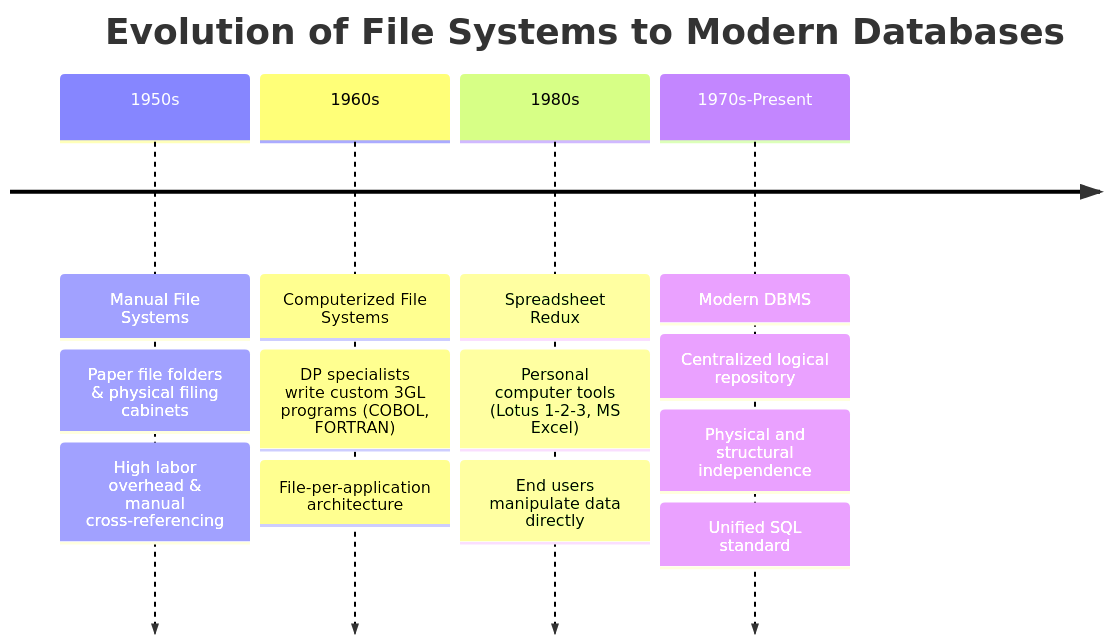
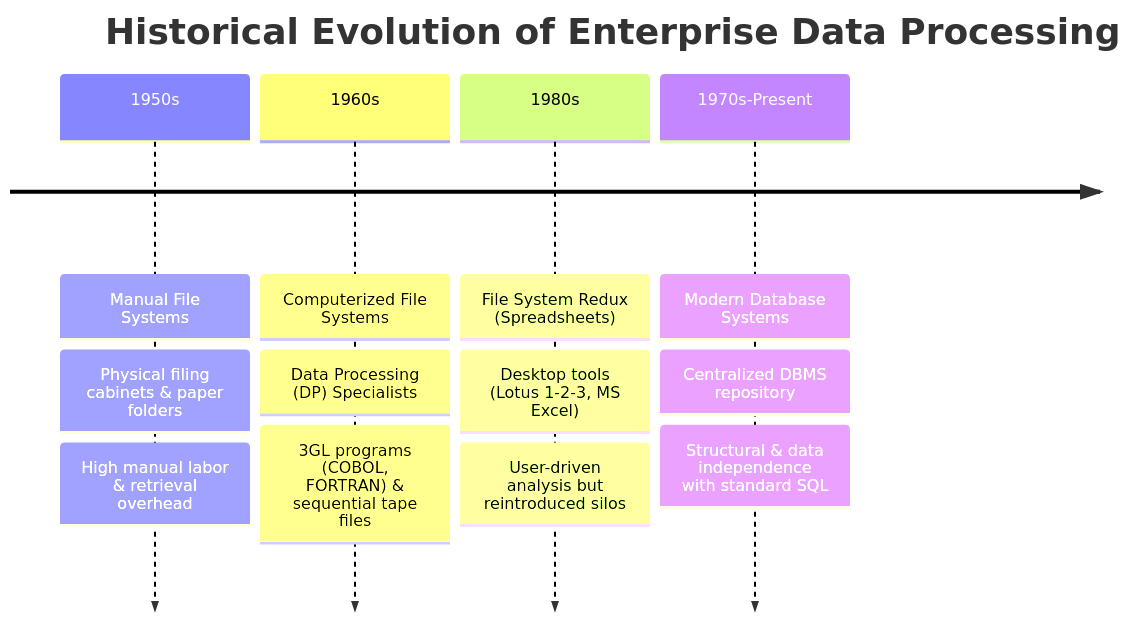
The tenth of 58 diagrams in Y2S1/CCA202 Database Fundamentals.md (Fake1Doge/Obsidian-notes), drawn with Mermaid before and after one commit. The commit also changed other lines of this file and 9 other files, not shown here.

````diff
--- a/Y2S1/CCA202 Database Fundamentals.md
+++ b/Y2S1/CCA202 Database Fundamentals.md
@@ -132,8 +417,8 @@
 ```mermaid
 timeline
-    title Evolution of File Systems to Modern Databases
-    1950s : Manual File Systems : Paper file folders & physical filing cabinets : High labor overhead & manual cross-referencing
-    1960s : Computerized File Systems : DP specialists write custom 3GL programs (COBOL, FORTRAN) : File-per-application architecture
-    1980s : Spreadsheet Redux : Personal computer tools (Lotus 1-2-3, MS Excel) : End users manipulate data directly
-    1970s-Present : Modern DBMS : Centralized logical repository : Physical and structural independence : Unified SQL standard
+    title Historical Evolution of Enterprise Data Processing
+    1950s : Manual File Systems : Physical filing cabinets & paper folders : High manual labor & retrieval overhead
+    1960s : Computerized File Systems : Data Processing (DP) Specialists : 3GL programs (COBOL, FORTRAN) & sequential tape files
+    1980s : File System Redux (Spreadsheets) : Desktop tools (Lotus 1-2-3, MS Excel) : User-driven analysis but reintroduced silos
+    1970s-Present : Modern Database Systems : Centralized DBMS repository : Structural & data independence with standard SQL
 ```
````
